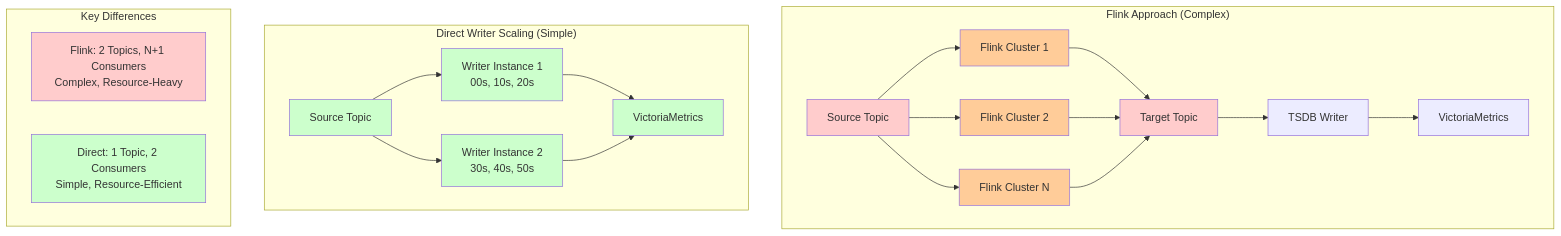
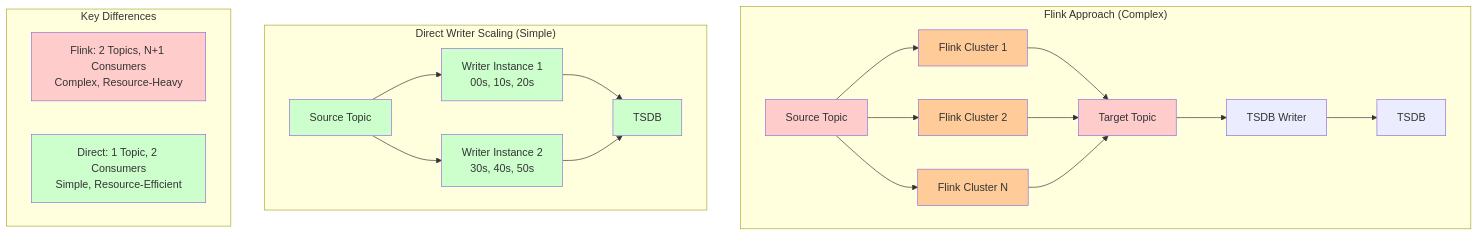
One commit to 2nanoori/2nanoori.github.io changed the diagram in _posts/2025-08-27-scaling-timeseries-data-processing-mx-n-strategy-part2.md. Above: the diagram before and after it, drawn with Mermaid. The commit also changed other lines of this file, not shown here.

```diff
--- a/_posts/2025-08-27-scaling-timeseries-data-processing-mx-n-strategy-part2.md
+++ b/_posts/2025-08-27-scaling-timeseries-data-processing-mx-n-strategy-part2.md
@@ -95,39 +95,39 @@
 <div class="mermaid">
 graph TB
     subgraph "Flink Approach (Complex)"
         A1[Source Topic] --> B1[Flink Cluster 1]
         A1 --> B2[Flink Cluster 2]
         A1 --> B3[Flink Cluster N]
         B1 --> C1[Target Topic]
         B2 --> C1
         B3 --> C1
         C1 --> D1[TSDB Writer]
-        D1 --> E1[VictoriaMetrics]
+        D1 --> E1[TSDB]
         
         style A1 fill:#ffcccc
         style C1 fill:#ffcccc
         style B1 fill:#ffcc99
         style B2 fill:#ffcc99
         style B3 fill:#ffcc99
     end
     
     subgraph "Direct Writer Scaling (Simple)"
         A2[Source Topic] --> D2[Writer Instance 1<br/>00s, 10s, 20s]
         A2 --> D3[Writer Instance 2<br/>30s, 40s, 50s]
-        D2 --> E2[VictoriaMetrics]
+        D2 --> E2[TSDB]
         D3 --> E2
         
         style A2 fill:#ccffcc
         style D2 fill:#ccffcc
         style D3 fill:#ccffcc
         style E2 fill:#ccffcc
     end
     
     subgraph "Key Differences"
         F1["Flink: 2 Topics, N+1 Consumers<br/>Complex, Resource-Heavy"]
         F2["Direct: 1 Topic, 2 Consumers<br/>Simple, Resource-Efficient"]
         
         style F1 fill:#ffcccc
         style F2 fill:#ccffcc
     end
 </div>
```
